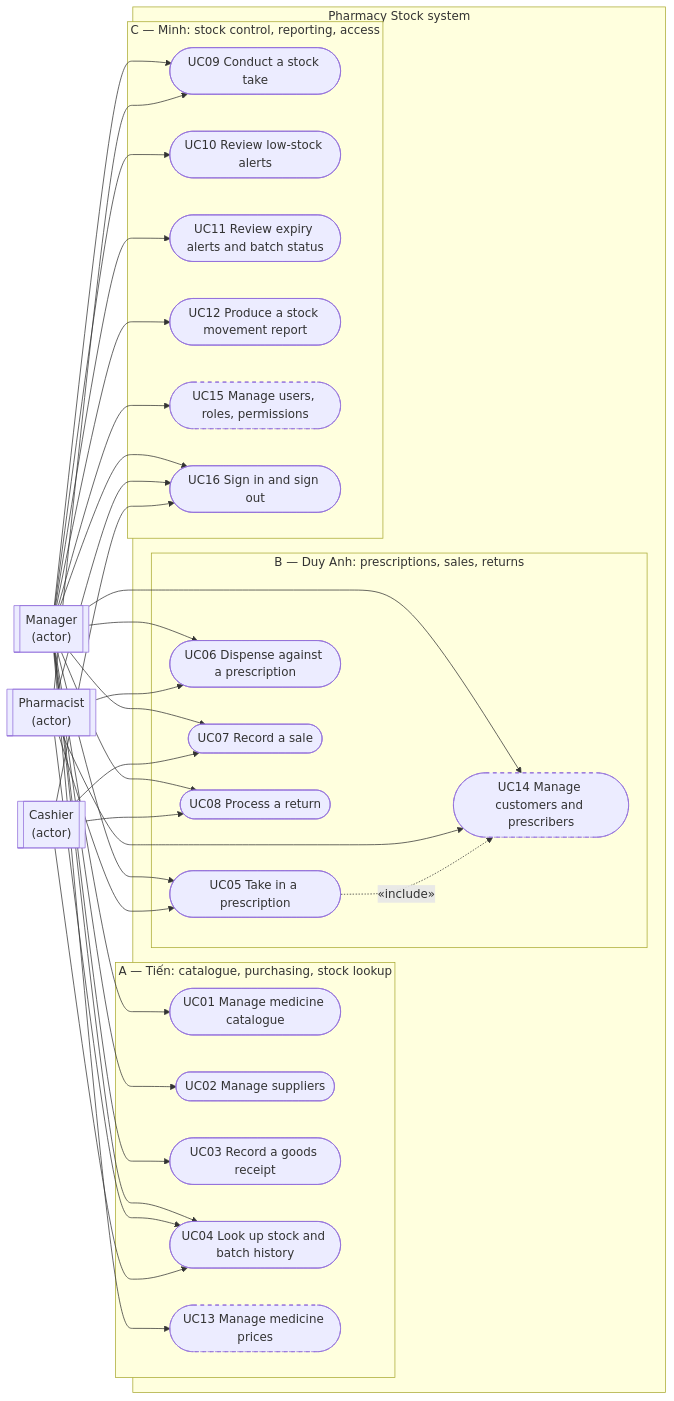
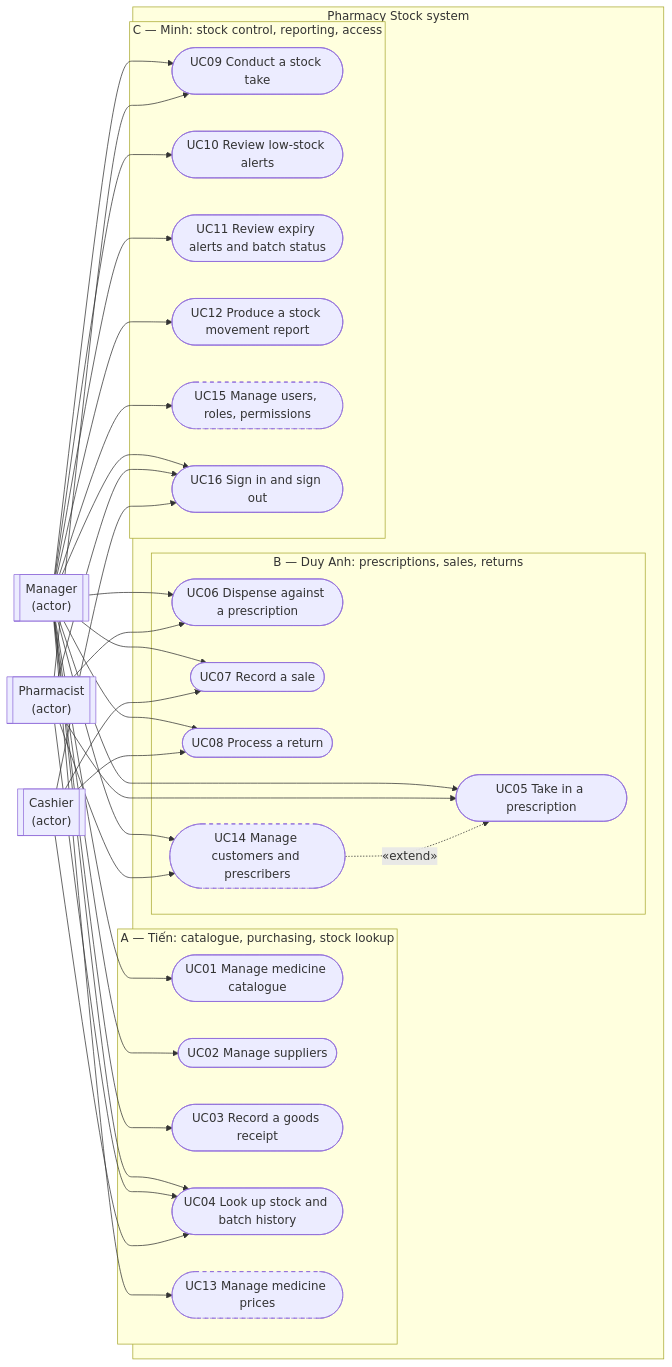
Before and after one commit to NeitLN/261_72ITSE41704_2474802010391_PharmacyStock: the diagram in docs/diagrams/use-case-diagram.md, drawn with Mermaid. The commit also changed other lines of this file and 2 other files, not shown here.

Commit message:
Add the UC08 design gate: decisions, interface, scenario table and sequence on receiveReturn

````diff
--- a/docs/diagrams/use-case-diagram.md
+++ b/docs/diagrams/use-case-diagram.md
@@ -8,40 +8,40 @@
 ```mermaid
 flowchart LR
     MGR[["Manager<br/>(actor)"]]
     PHARM[["Pharmacist<br/>(actor)"]]
     CASH[["Cashier<br/>(actor)"]]
 
     subgraph SYS["Pharmacy Stock system"]
         subgraph A["A — Tiến: catalogue, purchasing, stock lookup"]
             UC01(["UC01 Manage medicine catalogue"])
             UC02(["UC02 Manage suppliers"])
             UC03(["UC03 Record a goods receipt"])
             UC04(["UC04 Look up stock and batch history"])
             UC13(["UC13 Manage medicine prices"])
         end
         subgraph B["B — Duy Anh: prescriptions, sales, returns"]
             UC05(["UC05 Take in a prescription"])
             UC06(["UC06 Dispense against a prescription"])
             UC07(["UC07 Record a sale"])
             UC08(["UC08 Process a return"])
             UC14(["UC14 Manage customers and prescribers"])
         end
         subgraph C["C — Minh: stock control, reporting, access"]
             UC09(["UC09 Conduct a stock take"])
             UC10(["UC10 Review low-stock alerts"])
             UC11(["UC11 Review expiry alerts and batch status"])
             UC12(["UC12 Produce a stock movement report"])
             UC15(["UC15 Manage users, roles, permissions"])
             UC16(["UC16 Sign in and sign out"])
         end
     end
 
     classDef should stroke-dasharray: 5 5;
     class UC13,UC14,UC15 should;
 
     MGR --> UC01 & UC02 & UC03 & UC04 & UC05 & UC06 & UC07 & UC08 & UC09 & UC10 & UC11 & UC12 & UC13 & UC14 & UC15 & UC16
     PHARM --> UC04 & UC05 & UC06 & UC09 & UC14 & UC16
     CASH --> UC04 & UC07 & UC08 & UC16
 
-    UC05 -. "«include»" .-> UC14
+    UC14 -. "«extend»" .-> UC05
 ```
````
